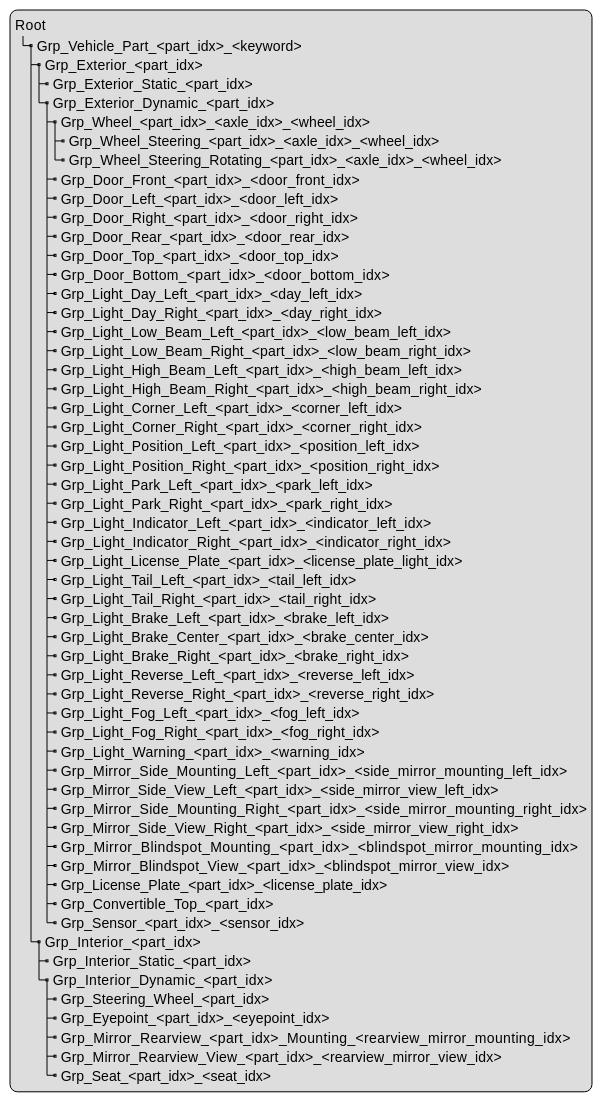
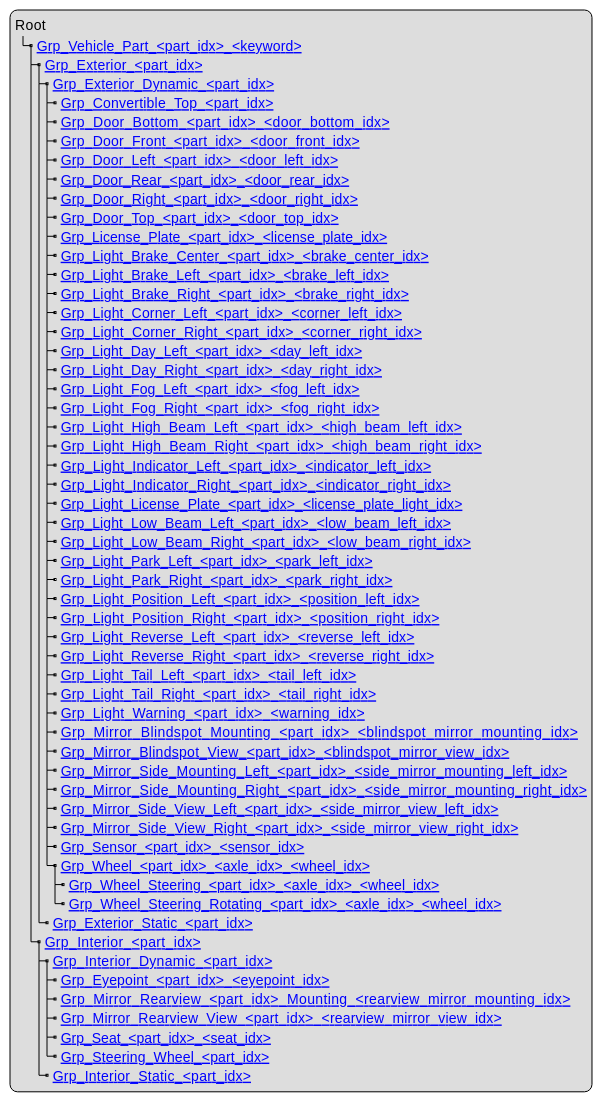
One commit to asam-ev/OpenMATERIAL changed the diagram in content/geometry/object-vehicle/vehicle-structure.adoc. Above: the diagram before and after it, drawn with PlantUML. The commit also changed other lines of this file and 2 other files, not shown here.

Commit message:
Update structure overiew topics (for internal review) according to issue 147

```diff
--- a/content/geometry/object-vehicle/vehicle-structure.adoc
+++ b/content/geometry/object-vehicle/vehicle-structure.adoc
@@ -9,61 +9,61 @@
 [plantuml]
 ----
 legend
 Root
-|_ Grp_Vehicle_Part_<part_idx>_<keyword>
-  |_ Grp_Exterior_<part_idx>
-    |_ Grp_Exterior_Static_<part_idx>
-    |_ Grp_Exterior_Dynamic_<part_idx>
-      |_ Grp_Wheel_<part_idx>_<axle_idx>_<wheel_idx>
-        |_ Grp_Wheel_Steering_<part_idx>_<axle_idx>_<wheel_idx>
-        |_ Grp_Wheel_Steering_Rotating_<part_idx>_<axle_idx>_<wheel_idx>
-      |_ Grp_Door_Front_<part_idx>_<door_front_idx>
-      |_ Grp_Door_Left_<part_idx>_<door_left_idx>
-      |_ Grp_Door_Right_<part_idx>_<door_right_idx>
-      |_ Grp_Door_Rear_<part_idx>_<door_rear_idx>
-      |_ Grp_Door_Top_<part_idx>_<door_top_idx>
-      |_ Grp_Door_Bottom_<part_idx>_<door_bottom_idx>
-      |_ Grp_Light_Day_Left_<part_idx>_<day_left_idx>
-      |_ Grp_Light_Day_Right_<part_idx>_<day_right_idx>
-      |_ Grp_Light_Low_Beam_Left_<part_idx>_<low_beam_left_idx>
-      |_ Grp_Light_Low_Beam_Right_<part_idx>_<low_beam_right_idx>
-      |_ Grp_Light_High_Beam_Left_<part_idx>_<high_beam_left_idx>
-      |_ Grp_Light_High_Beam_Right_<part_idx>_<high_beam_right_idx>
-      |_ Grp_Light_Corner_Left_<part_idx>_<corner_left_idx>
-      |_ Grp_Light_Corner_Right_<part_idx>_<corner_right_idx>
-      |_ Grp_Light_Position_Left_<part_idx>_<position_left_idx>
-      |_ Grp_Light_Position_Right_<part_idx>_<position_right_idx>
-      |_ Grp_Light_Park_Left_<part_idx>_<park_left_idx>
-      |_ Grp_Light_Park_Right_<part_idx>_<park_right_idx>
-      |_ Grp_Light_Indicator_Left_<part_idx>_<indicator_left_idx>
-      |_ Grp_Light_Indicator_Right_<part_idx>_<indicator_right_idx>
-      |_ Grp_Light_License_Plate_<part_idx>_<license_plate_light_idx>
-      |_ Grp_Light_Tail_Left_<part_idx>_<tail_left_idx>
-      |_ Grp_Light_Tail_Right_<part_idx>_<tail_right_idx>
-      |_ Grp_Light_Brake_Left_<part_idx>_<brake_left_idx>
-      |_ Grp_Light_Brake_Center_<part_idx>_<brake_center_idx>
-      |_ Grp_Light_Brake_Right_<part_idx>_<brake_right_idx>
-      |_ Grp_Light_Reverse_Left_<part_idx>_<reverse_left_idx>
-      |_ Grp_Light_Reverse_Right_<part_idx>_<reverse_right_idx>
-      |_ Grp_Light_Fog_Left_<part_idx>_<fog_left_idx>
-      |_ Grp_Light_Fog_Right_<part_idx>_<fog_right_idx>
-      |_ Grp_Light_Warning_<part_idx>_<warning_idx>
-      |_ Grp_Mirror_Side_Mounting_Left_<part_idx>_<side_mirror_mounting_left_idx>
-      |_ Grp_Mirror_Side_View_Left_<part_idx>_<side_mirror_view_left_idx>
-      |_ Grp_Mirror_Side_Mounting_Right_<part_idx>_<side_mirror_mounting_right_idx>
-      |_ Grp_Mirror_Side_View_Right_<part_idx>_<side_mirror_view_right_idx>
-      |_ Grp_Mirror_Blindspot_Mounting_<part_idx>_<blindspot_mirror_mounting_idx>
-      |_ Grp_Mirror_Blindspot_View_<part_idx>_<blindspot_mirror_view_idx>
-      |_ Grp_License_Plate_<part_idx>_<license_plate_idx>
-      |_ Grp_Convertible_Top_<part_idx>
-      |_ Grp_Sensor_<part_idx>_<sensor_idx>
-  |_ Grp_Interior_<part_idx>
-    |_ Grp_Interior_Static_<part_idx>
-    |_ Grp_Interior_Dynamic_<part_idx>
-      |_ Grp_Steering_Wheel_<part_idx>
-      |_ Grp_Eyepoint_<part_idx>_<eyepoint_idx>
-      |_ Grp_Mirror_Rearview_<part_idx>_Mounting_<rearview_mirror_mounting_idx>
-      |_ Grp_Mirror_Rearview_View_<part_idx>_<rearview_mirror_view_idx>
-      |_ Grp_Seat_<part_idx>_<seat_idx>
+|_ [[../geometry/object-classes.html#_grp_vehicle_part_part_idx_keyword Grp_Vehicle_Part_<part_idx>_<keyword>]]
+  |_ [[../geometry/object-classes.html#_grp_exterior_part_idx Grp_Exterior_<part_idx>]]
+    |_ [[../geometry/object-classes.html#_grp_exterior_dynamic_part_idx Grp_Exterior_Dynamic_<part_idx>]]
+      |_ [[../geometry/object-classes.html#_grp_convertible_top_part_idx Grp_Convertible_Top_<part_idx>]]
+      |_ [[../geometry/object-classes.html#_grp_door_bottom_part_idx_door_bottom_idx Grp_Door_Bottom_<part_idx>_<door_bottom_idx>]]      
+      |_ [[../geometry/object-classes.html#_grp_door_front_part_idx_door_front_idx Grp_Door_Front_<part_idx>_<door_front_idx>]]
+      |_ [[../geometry/object-classes.html#_grp_door_left_part_idx_door_left_idx Grp_Door_Left_<part_idx>_<door_left_idx>]]
+      |_ [[../geometry/object-classes.html#_grp_door_rear_part_idx_door_rear_idx Grp_Door_Rear_<part_idx>_<door_rear_idx>]]
+      |_ [[../geometry/object-classes.html#_grp_door_right_part_idx_door_right_idx Grp_Door_Right_<part_idx>_<door_right_idx>]]      
+      |_ [[../geometry/object-classes.html#_grp_door_top_part_idx_door_top_idx Grp_Door_Top_<part_idx>_<door_top_idx>]]
+      |_ [[../geometry/object-classes.html#_grp_license_plate_part_idx_license_plate_idx Grp_License_Plate_<part_idx>_<license_plate_idx>]]
+      |_ [[../geometry/object-classes.html#_grp_light_brake_center_part_idx_brake_center_idx Grp_Light_Brake_Center_<part_idx>_<brake_center_idx>]]
+      |_ [[../geometry/object-classes.html#_grp_light_brake_left_part_idx_brake_left_idx Grp_Light_Brake_Left_<part_idx>_<brake_left_idx>]]      
+      |_ [[../geometry/object-classes.html#_grp_light_brake_right_part_idx_brake_right_idx Grp_Light_Brake_Right_<part_idx>_<brake_right_idx>]]
+      |_ [[../geometry/object-classes.html#_grp_light_corner_left_part_idx_corner_left_idx Grp_Light_Corner_Left_<part_idx>_<corner_left_idx>]]
+      |_ [[../geometry/object-classes.html#_grp_light_corner_right_part_idx_corner_right_idx Grp_Light_Corner_Right_<part_idx>_<corner_right_idx>]]
+      |_ [[../geometry/object-classes.html#_grp_light_day_left_part_idx_day_left_idx Grp_Light_Day_Left_<part_idx>_<day_left_idx>]]
+      |_ [[../geometry/object-classes.html#_grp_light_day_right_part_idx_day_right_idx Grp_Light_Day_Right_<part_idx>_<day_right_idx>]]
+      |_ [[../geometry/object-classes.html#_grp_light_fog_left_part_idx_fog_left_idx Grp_Light_Fog_Left_<part_idx>_<fog_left_idx>]]
+      |_ [[../geometry/object-classes.html#_grp_light_fog_right_part_idx_fog_right_idx Grp_Light_Fog_Right_<part_idx>_<fog_right_idx>]]
+      |_ [[../geometry/object-classes.html#_grp_light_high_beam_left_part_idx_high_beam_left_idx Grp_Light_High_Beam_Left_<part_idx>_<high_beam_left_idx>]]
+      |_ [[../geometry/object-classes.html#_grp_light_high_beam_right_part_idx_high_beam_right_idx Grp_Light_High_Beam_Right_<part_idx>_<high_beam_right_idx>]]
+      |_ [[../geometry/object-classes.html#_grp_light_indicator_left_part_idx_indicator_left_idx Grp_Light_Indicator_Left_<part_idx>_<indicator_left_idx>]]
+      |_ [[../geometry/object-classes.html#_grp_light_indicator_right_part_idx_indicator_right_idx Grp_Light_Indicator_Right_<part_idx>_<indicator_right_idx>]]
+      |_ [[../geometry/object-classes.html#_grp_light_license_plate_part_idx_license_plate_light_idx Grp_Light_License_Plate_<part_idx>_<license_plate_light_idx>]]
+      |_ [[../geometry/object-classes.html#_grp_light_low_beam_left_part_idx_low_beam_left_idx Grp_Light_Low_Beam_Left_<part_idx>_<low_beam_left_idx>]]
+      |_ [[../geometry/object-classes.html#_grp_light_low_beam_right_part_idx_low_beam_right_idx Grp_Light_Low_Beam_Right_<part_idx>_<low_beam_right_idx>]]
+      |_ [[../geometry/object-classes.html#_grp_light_park_left_part_idx_park_left_idx Grp_Light_Park_Left_<part_idx>_<park_left_idx>]]
+      |_ [[../geometry/object-classes.html#_grp_light_park_right_part_idx_park_right_idx Grp_Light_Park_Right_<part_idx>_<park_right_idx> ]]
+      |_ [[../geometry/object-classes.html#_grp_light_position_left_part_idx_position_left_idx Grp_Light_Position_Left_<part_idx>_<position_left_idx>]]
+      |_ [[../geometry/object-classes.html#_grp_light_position_right_part_idx_position_right_idx Grp_Light_Position_Right_<part_idx>_<position_right_idx>]]
+      |_ [[../geometry/object-classes.html#_grp_light_reverse_left_part_idx_reverse_left_idx Grp_Light_Reverse_Left_<part_idx>_<reverse_left_idx>]]
+      |_ [[../geometry/object-classes.html#_grp_light_reverse_right_part_idx_reverse_right_idx Grp_Light_Reverse_Right_<part_idx>_<reverse_right_idx>]]
+      |_ [[../geometry/object-classes.html#_grp_light_tail_left_part_idx_tail_left_idx Grp_Light_Tail_Left_<part_idx>_<tail_left_idx>]]
+      |_ [[../geometry/object-classes.html#_grp_light_tail_right_part_idx_tail_right_idx Grp_Light_Tail_Right_<part_idx>_<tail_right_idx>]]
+      |_ [[../geometry/object-classes.html#_grp_light_warning_part_idx_warning_idx Grp_Light_Warning_<part_idx>_<warning_idx>]]
+      |_ [[../geometry/object-classes.html#_grp_mirror_blindspot_mounting_part_idx_blindspot_mirror_mounting_idx Grp_Mirror_Blindspot_Mounting_<part_idx>_<blindspot_mirror_mounting_idx>]]
+      |_ [[../geometry/object-classes.html#_grp_mirror_blindspot_view_part_idx_blindspot_mirror_view_idx Grp_Mirror_Blindspot_View_<part_idx>_<blindspot_mirror_view_idx>]] 
+      |_ [[../geometry/object-classes.html#_grp_mirror_side_mounting_left_part_idx_side_mirror_mounting_left_id Grp_Mirror_Side_Mounting_Left_<part_idx>_<side_mirror_mounting_left_idx>]]
+      |_ [[../geometry/object-classes.html#_grp_mirror_side_mounting_right_part_idx_side_mirror_mounting_right_idx Grp_Mirror_Side_Mounting_Right_<part_idx>_<side_mirror_mounting_right_idx>]]
+      |_ [[../geometry/object-classes.html#_grp_mirror_side_view_left_part_idx_side_mirror_view_left_idx Grp_Mirror_Side_View_Left_<part_idx>_<side_mirror_view_left_idx> ]]     
+      |_ [[../geometry/object-classes.html#_grp_mirror_side_view_right_part_idx_side_mirror_view_right_idx Grp_Mirror_Side_View_Right_<part_idx>_<side_mirror_view_right_idx> ]]          
+      |_ [[../geometry/object-classes.html#_grp_sensor_part_idx_sensor_idx Grp_Sensor_<part_idx>_<sensor_idx>]]
+      |_ [[../geometry/object-classes.html#_grp_wheel_part_idx_axle_idx_wheel_idx Grp_Wheel_<part_idx>_<axle_idx>_<wheel_idx>]]
+        |_ [[../geometry/object-classes.html#_grp_wheel_steering_part_idx_axle_idx_wheel_idx Grp_Wheel_Steering_<part_idx>_<axle_idx>_<wheel_idx>]]
+        |_ [[../geometry/object-classes.html#_grp_wheel_steering_rotating_part_idx_axle_idx_wheel_idx Grp_Wheel_Steering_Rotating_<part_idx>_<axle_idx>_<wheel_idx>]]
+    |_ [[../geometry/object-classes.html#_grp_exterior_static_part_idx Grp_Exterior_Static_<part_idx>]]
+  |_ [[../geometry/object-classes.html#_grp_interior_part_idx Grp_Interior_<part_idx>]]
+    |_ [[../geometry/object-classes.html#_grp_interior_dynamic_part_idx Grp_Interior_Dynamic_<part_idx>]]
+      |_ [[../geometry/object-classes.html#_grp_eyepoint_part_idx_eyepoint_idx Grp_Eyepoint_<part_idx>_<eyepoint_idx>]]
+      |_ [[../geometry/object-classes.html#_grp_mirror_rearview_mounting_part_idx_rearview_mirror_mounting_idx Grp_Mirror_Rearview_<part_idx>_Mounting_<rearview_mirror_mounting_idx>]]
+      |_ [[../geometry/object-classes.html#_grp_mirror_rearview_view_part_idx_rearview_mirror_view_idx Grp_Mirror_Rearview_View_<part_idx>_<rearview_mirror_view_idx>]]
+      |_ [[../geometry/object-classes.html#_grp_seat_part_idx_seat_idx Grp_Seat_<part_idx>_<seat_idx>]]
+      |_ [[../geometry/object-classes.html#_grp_steering_wheel_part_idx Grp_Steering_Wheel_<part_idx>]]
+    |_ [[../geometry/object-classes.html#_grp_interior_static_part_idx Grp_Interior_Static_<part_idx>]]
 end legend
 ----
```
